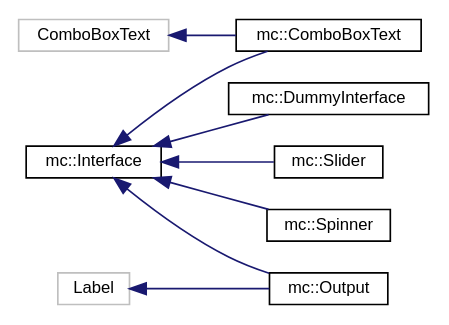
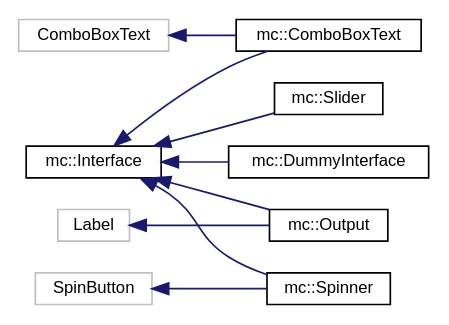
One commit to mjhouse/mcalc changed the diagram in docs/inherit_graph_2.dot. Above: the diagram before and after it, drawn with Graphviz. The commit also changed 34 other files, not shown here.

```diff
--- a/docs/inherit_graph_2.dot
+++ b/docs/inherit_graph_2.dot
@@ -1,21 +1,23 @@
 digraph "Graphical Class Hierarchy"
 {
   edge [fontname="Helvetica",fontsize="10",labelfontname="Helvetica",labelfontsize="10"];
   node [fontname="Helvetica",fontsize="10",shape=record];
   rankdir="LR";
   Node1 [label="ComboBoxText",height=0.2,width=0.4,color="grey75", fillcolor="white", style="filled"];
   Node1 -> Node2 [dir="back",color="midnightblue",fontsize="10",style="solid",fontname="Helvetica"];
   Node2 [label="mc::ComboBoxText",height=0.2,width=0.4,color="black", fillcolor="white", style="filled",URL="$classmc_1_1ComboBoxText.html"];
   Node3 [label="mc::Interface",height=0.2,width=0.4,color="black", fillcolor="white", style="filled",URL="$classmc_1_1Interface.html"];
   Node3 -> Node2 [dir="back",color="midnightblue",fontsize="10",style="solid",fontname="Helvetica"];
   Node3 -> Node4 [dir="back",color="midnightblue",fontsize="10",style="solid",fontname="Helvetica"];
   Node4 [label="mc::DummyInterface",height=0.2,width=0.4,color="black", fillcolor="white", style="filled",URL="$classmc_1_1DummyInterface.html"];
   Node3 -> Node5 [dir="back",color="midnightblue",fontsize="10",style="solid",fontname="Helvetica"];
   Node5 [label="mc::Output",height=0.2,width=0.4,color="black", fillcolor="white", style="filled",URL="$classmc_1_1Output.html"];
   Node3 -> Node6 [dir="back",color="midnightblue",fontsize="10",style="solid",fontname="Helvetica"];
   Node6 [label="mc::Slider",height=0.2,width=0.4,color="black", fillcolor="white", style="filled",URL="$classmc_1_1Slider.html"];
   Node3 -> Node7 [dir="back",color="midnightblue",fontsize="10",style="solid",fontname="Helvetica"];
   Node7 [label="mc::Spinner",height=0.2,width=0.4,color="black", fillcolor="white", style="filled",URL="$classmc_1_1Spinner.html"];
   Node8 [label="Label",height=0.2,width=0.4,color="grey75", fillcolor="white", style="filled"];
   Node8 -> Node5 [dir="back",color="midnightblue",fontsize="10",style="solid",fontname="Helvetica"];
+  Node9 [label="SpinButton",height=0.2,width=0.4,color="grey75", fillcolor="white", style="filled"];
+  Node9 -> Node7 [dir="back",color="midnightblue",fontsize="10",style="solid",fontname="Helvetica"];
 }
```
